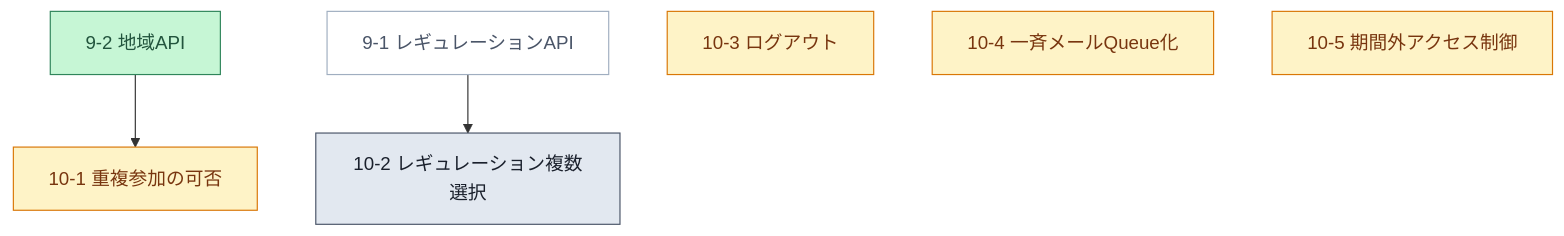
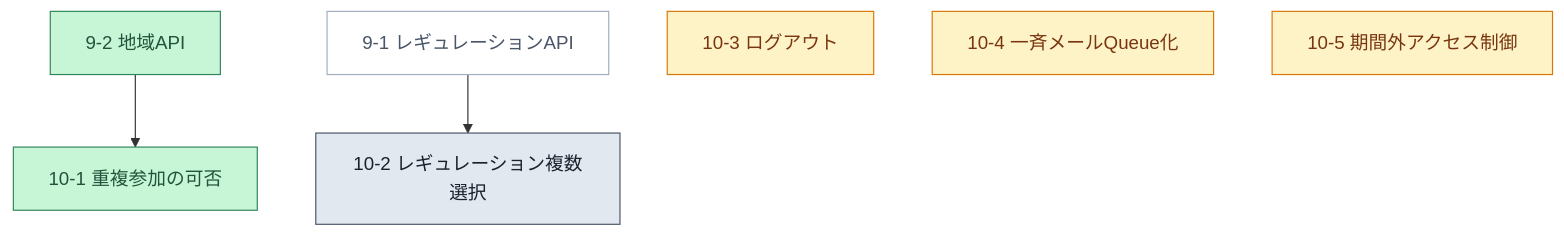
One commit to m-uesaka/regional-quiz-entry-form changed the tenth of 12 diagrams in tasks.md. Above: the diagram before and after it, drawn with Mermaid. The commit also changed other lines of this file and 14 other files, not shown here.

````diff
--- a/tasks.md
+++ b/tasks.md
@@ -227,13 +227,13 @@
 ```mermaid
 graph TD
-  T92["9-2 地域API"]:::done --> T101["10-1 重複参加の可否"]:::next
+  T92["9-2 地域API"]:::done --> T101["10-1 重複参加の可否"]:::done
   T91["9-1 レギュレーションAPI"]:::prereq --> T102["10-2 レギュレーション複数選択"]:::todo
   T103["10-3 ログアウト"]:::next
   T104["10-4 一斉メールQueue化"]:::next
   T105["10-5 期間外アクセス制御"]:::next
 
   classDef done fill:#c6f6d5,stroke:#2f855a,color:#22543d;
   classDef todo fill:#e2e8f0,stroke:#4a5568,color:#1a202c;
   classDef next fill:#fef3c7,stroke:#d97706,color:#78350f;
   classDef prereq fill:#ffffff,stroke:#a0aec0,color:#4a5568;
 ```
````
